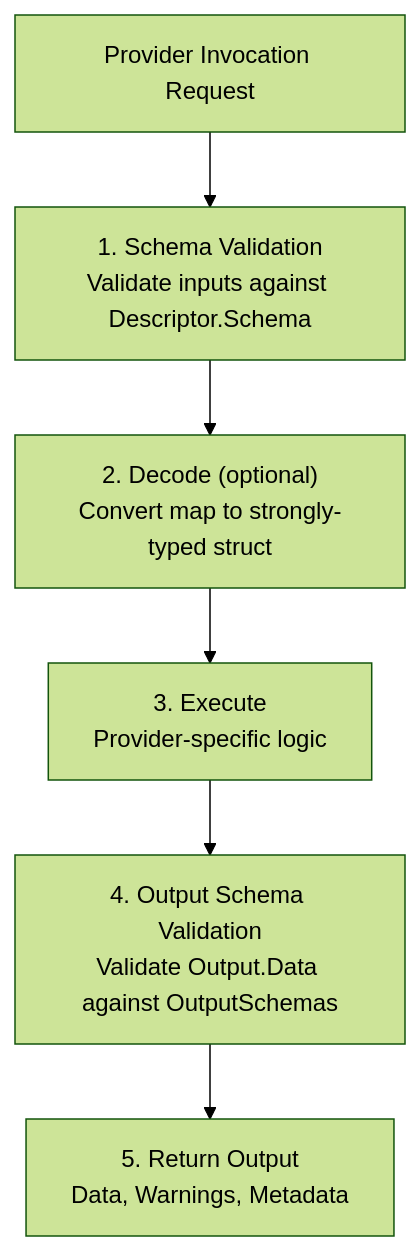
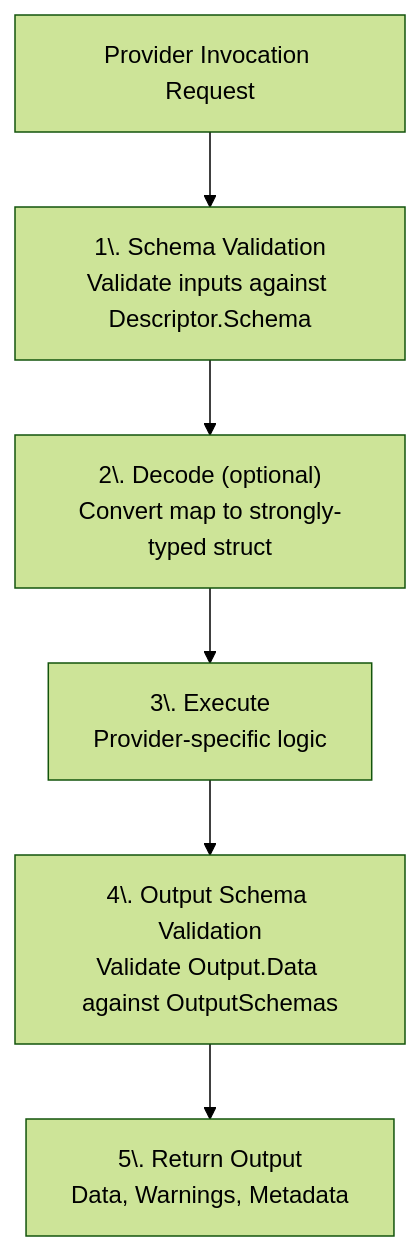
Before and after one commit to oakwood-commons/scafctl: the diagram in docs/design/providers.md, drawn with Mermaid (forest theme). The commit also changed 7 other files, not shown here.

First line of the commit message:
docs: add multi-OS install tabs and fix Mermaid numbered node labels (#991)

```diff
--- a/docs/design/providers.md
+++ b/docs/design/providers.md
@@ -112,8 +112,9 @@
 {{< mermaid >}}
 flowchart TD
-    A[Provider Invocation Request] --> B["1. Schema Validation<br/>Validate inputs against Descriptor.Schema"]
-    B --> C["2. Decode (optional)<br/>Convert map to strongly-typed struct"]
-    C --> D["3. Execute<br/>Provider-specific logic"]
-    D --> E["4. Output Schema Validation<br/>Validate Output.Data against OutputSchemas"]
-    E --> F["5. Return Output<br/>Data, Warnings, Metadata"]
+    A[Provider Invocation Request] --> B["1\. Schema Validation<br/>Validate inputs against Descriptor.Schema"]
+    B --> C["2\. Decode (optional)<br/>Convert map to strongly-typed struct"]
+    C --> D["3\. Execute<br/>Provider-specific logic"]
+    E["4\. Output Schema Validation<br/>Validate Output.Data against OutputSchemas"]
+    D --> E
+    E --> F["5\. Return Output<br/>Data, Warnings, Metadata"]
 {{< /mermaid >}}
```
